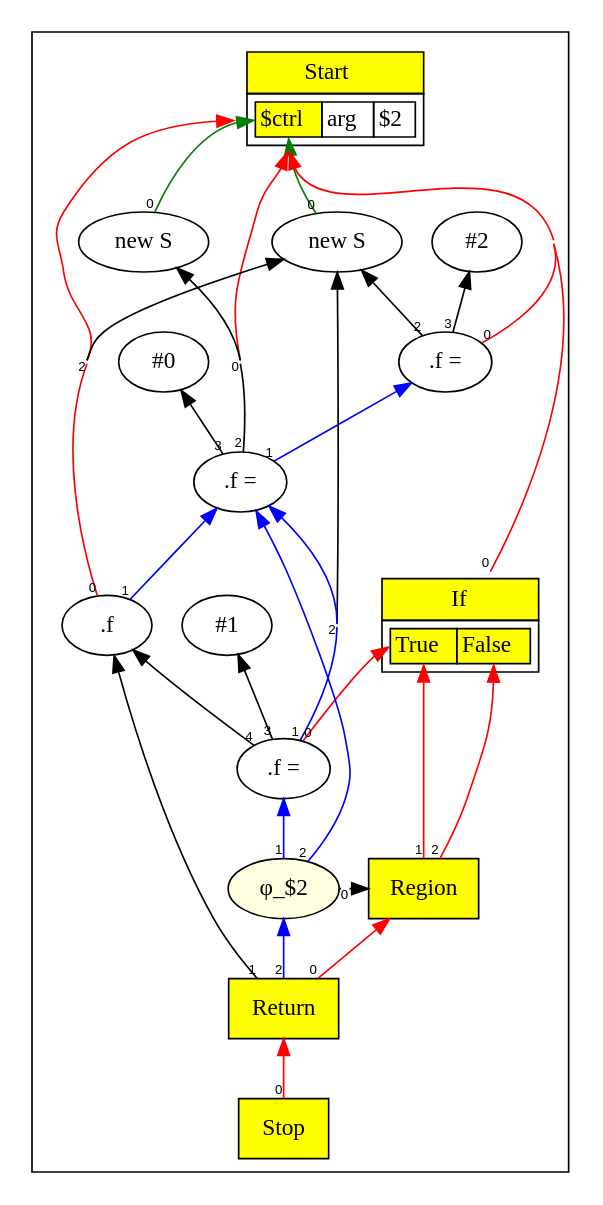
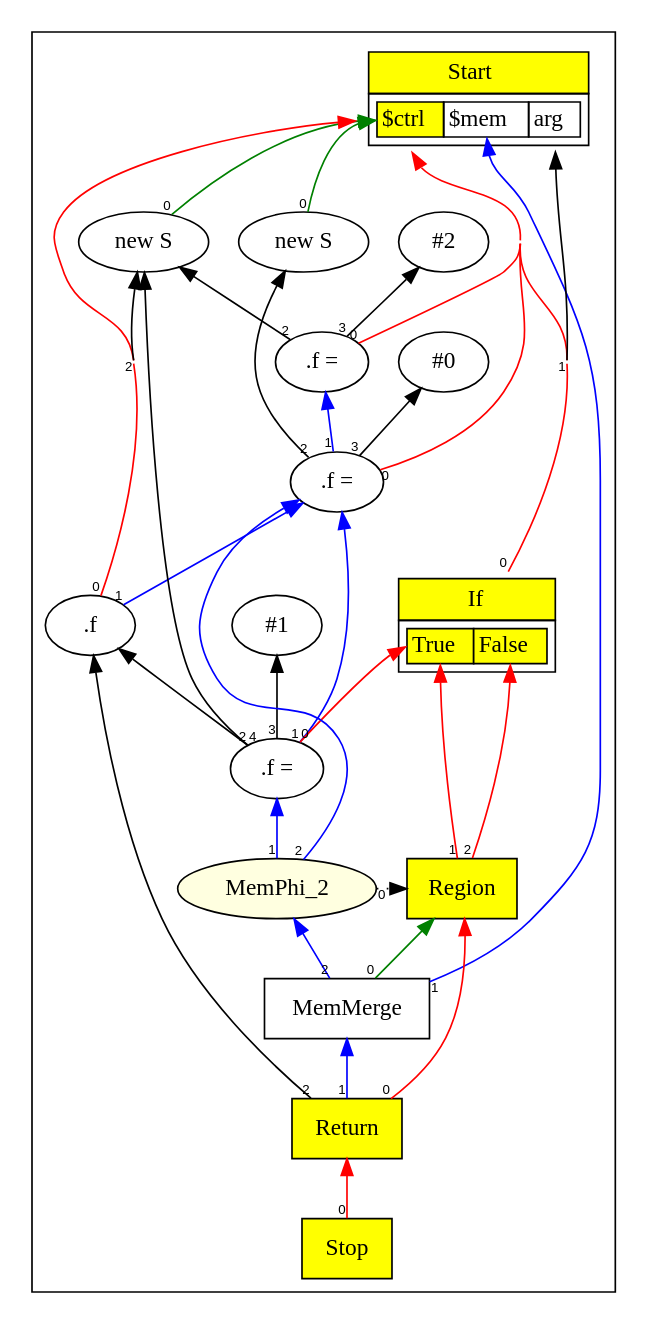
The diagram in chapter11/docs/graph3.gv (SeaOfNodes/Simple), drawn with Graphviz before and after one commit. The commit also changed 51 other files, not shown here.

```diff
--- a/chapter11/docs/graph3.gv
+++ b/chapter11/docs/graph3.gv
@@ -1,81 +1,85 @@
 digraph chapter11 {
 /*
 struct S { int f; }
 S v=new S;
 v.f = 2;
 int i=new S.f;
 i=v.f;
 if (arg) v.f=1;
 return i;
 
 */
 	rankdir=BT;
 	concentrate="true";
 	compound="true";
 	subgraph cluster_Nodes {
 		Start2 [ shape=plaintext label=<
 			<TABLE BORDER="0" CELLBORDER="1" CELLSPACING="0" CELLPADDING="4">
 			<TR><TD BGCOLOR="yellow">Start</TD></TR>
 			<TR><TD>
 				<TABLE BORDER="0" CELLBORDER="1" CELLSPACING="0">
-				<TR><TD PORT="p0" BGCOLOR="yellow">$ctrl</TD><TD PORT="p1">arg</TD><TD PORT="p2">$2</TD></TR>
+				<TR><TD PORT="p0" BGCOLOR="yellow">$ctrl</TD><TD PORT="p1">$mem</TD><TD PORT="p2">arg</TD></TR>
 				</TABLE>
 			</TD></TR>
 			</TABLE>>
 		];
+		MemMerge [ shape=box label="MemMerge" ];
 		Stop3 [ shape=box style=filled fillcolor=yellow label="Stop" ];
 		Con_4 [ label="#0" ];
 		new9 [ label="new S" ];
 		Con_11 [ label="#2" ];
 		Store12 [ label=".f =" ];
 		new13 [ label="new S" ];
 		Store14 [ label=".f =" ];
 		Load16 [ label=".f" ];
 		If17 [ shape=plaintext label=<
 			<TABLE BORDER="0" CELLBORDER="1" CELLSPACING="0" CELLPADDING="4">
 			<TR><TD BGCOLOR="yellow">If</TD></TR>
 			<TR><TD>
 				<TABLE BORDER="0" CELLBORDER="1" CELLSPACING="0">
 				<TR><TD PORT="p0" BGCOLOR="yellow">True</TD><TD PORT="p1" BGCOLOR="yellow">False</TD></TR>
 				</TABLE>
 			</TD></TR>
 			</TABLE>>
 		];
 		Con_21 [ label="#1" ];
 		Store22 [ label=".f =" ];
 		Region23 [ shape=box style=filled fillcolor=yellow label="Region" ];
-		Phi_224 [ style=filled fillcolor=lightyellow label="&phi;_$2" ];
+		Phi_224 [ style=filled fillcolor=lightyellow label="MemPhi_2" ];
 		Return25 [ shape=box style=filled fillcolor=yellow label="Return" ];
 		{ rank=same; Region23;Phi_224;}
 	}
 	edge [ fontname=Helvetica, fontsize=8 ];
 	Stop3 -> Return25[taillabel=0 color=red];
 	new9 -> Start2:p0[taillabel=0 color=green];
 	Store12 -> Start2:p0[taillabel=0 color=red];
-	Store12 -> Start2:p2[taillabel=1 color=blue];
+	Store12 -> Start2:p1[taillabel=1 color=blue];
 	Store12 -> new9[taillabel=2];
 	Store12 -> Con_11[taillabel=3];
 	new13 -> Start2:p0[taillabel=0 color=green];
 	Store14 -> Start2:p0[taillabel=0 color=red];
 	Store14 -> Store12[taillabel=1 color=blue];
 	Store14 -> new13[taillabel=2];
 	Store14 -> Con_4[taillabel=3];
 	Load16 -> Start2:p0[taillabel=0 color=red];
 	Load16 -> Store14[taillabel=1 color=blue];
 	Load16 -> new9[taillabel=2];
 	If17 -> Start2:p0[taillabel=0 color=red];
-	If17 -> Start2:p1[taillabel=1];
+	If17 -> Start2:p2[taillabel=1];
 	Store22 -> If17:p0[taillabel=0 color=red];
 	Store22 -> Store14[taillabel=1 color=blue];
 	Store22 -> new9[taillabel=2];
 	Store22 -> Con_21[taillabel=3];
 	Store22 -> Load16[taillabel=4];
 	Region23 -> If17:p0[taillabel=1 color=red];
 	Region23 -> If17:p1[taillabel=2 color=red];
 	Phi_224 -> Region23 [style=dotted taillabel=0];
 	Phi_224 -> Store22[taillabel=1 color=blue];
 	Phi_224 -> Store14[taillabel=2 color=blue constraint=false];
 	Return25 -> Region23[taillabel=0 color=red];
-	Return25 -> Load16[taillabel=1];
-	Return25 -> Phi_224[taillabel=2 color=blue];
+	Return25 -> Load16[taillabel=2];
+	Return25 -> MemMerge[taillabel=1 color=blue];
+	MemMerge -> Start2:p1[taillabel=1 color=blue];
+	MemMerge -> Phi_224[taillabel=2 color=blue];
+	MemMerge -> Region23[taillabel=0 color=green];
 }
```
